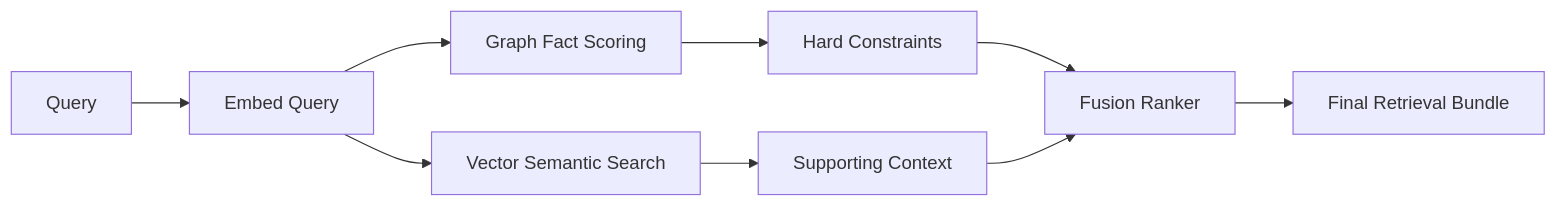
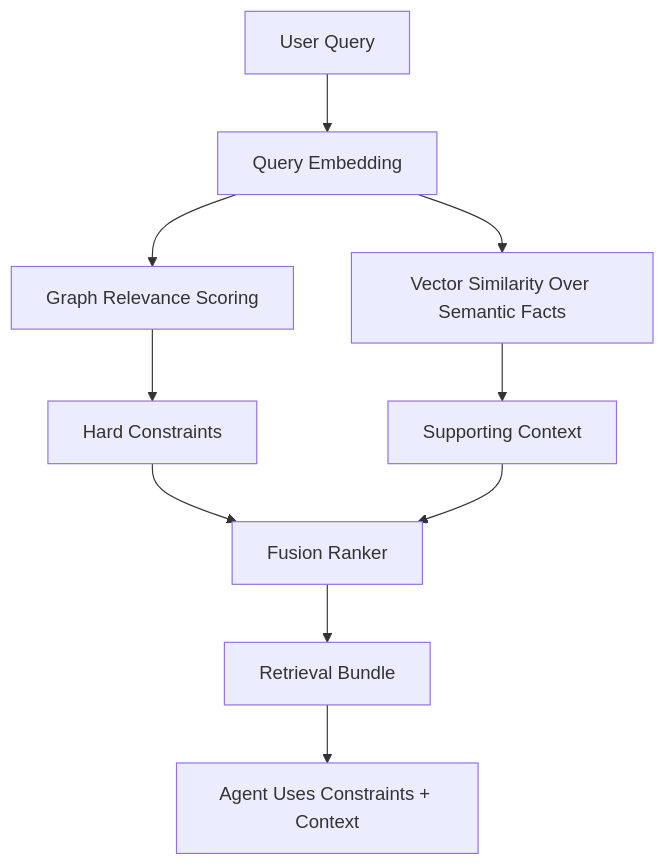
One commit to 1iamharshraj/Hi-Drift changed the fourth of 10 diagrams in ARCHITECTURE.md. Above: the diagram before and after it, drawn with Mermaid. The commit also changed other lines of this file and 3 other files, not shown here.

Commit message:
docs: updated readme, architecture and documentation & Added Readme

````diff
--- a/ARCHITECTURE.md
+++ b/ARCHITECTURE.md
@@ -48,11 +70,12 @@
 ```mermaid
-flowchart LR
-    Q[Query] --> E[Embed Query]
-    E --> V[Vector Semantic Search]
-    E --> G[Graph Fact Scoring]
-    G --> HC[Hard Constraints]
-    V --> SC[Supporting Context]
-    HC --> F[Fusion Ranker]
-    SC --> F
-    F --> R[Final Retrieval Bundle]
+flowchart TB
+    Q[User Query] --> QE[Query Embedding]
+    QE --> VS[Vector Similarity Over Semantic Facts]
+    QE --> GS[Graph Relevance Scoring]
+    GS --> HC[Hard Constraints]
+    VS --> SC[Supporting Context]
+    HC --> Fuse[Fusion Ranker]
+    SC --> Fuse
+    Fuse --> Bundle[Retrieval Bundle]
+    Bundle --> Response[Agent Uses Constraints + Context]
 ```
````
